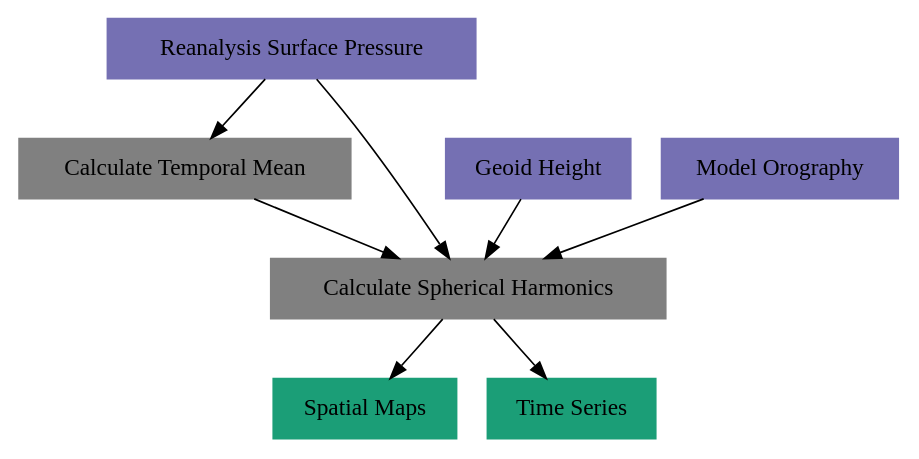
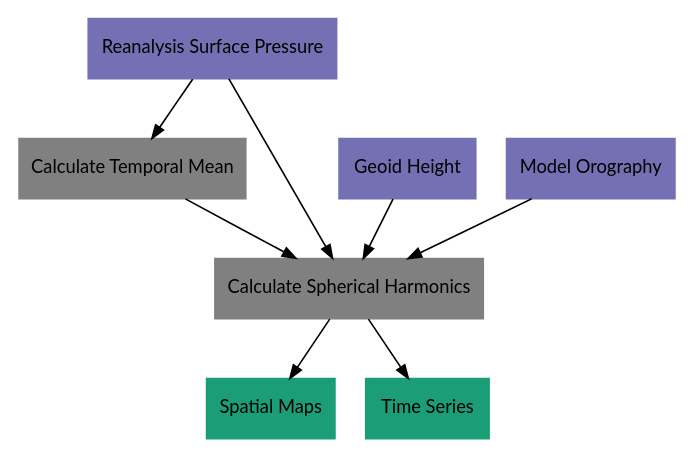
Before and after one commit to tsutterley/model-harmonics: the third of 5 diagrams in doc/source/getting_started/Overview.rst, drawn with Graphviz. The commit also changed other lines of this file, not shown here.

Commit message:
docs: change font in `graphviz` flow charts (#60)

```diff
--- a/doc/source/getting_started/Overview.rst
+++ b/doc/source/getting_started/Overview.rst
@@ -157,24 +232,59 @@
 .. graphviz::
     :caption: Reanalysis Spherical Harmonics with Two-Dimensional Geometry Framework
     :align: center
 
     digraph {
-        E [label="Reanalysis Surface Pressure" shape=box style="filled" color="#7570b3"]
-        N [label="Geoid Height" shape=box style="filled" color="#7570b3"]
-        O [label="Model Orography" shape=box style="filled" color="#7570b3"]
+        E [label="Reanalysis Surface Pressure"
+            fontname="Lato"
+            fontsize=11
+            shape=box
+            style="filled"
+            color="#7570b3"]
+        N [label="Geoid Height"
+            fontname="Lato"
+            fontsize=11
+            shape=box
+            style="filled"
+            color="#7570b3"]
+        O [label="Model Orography"
+            fontname="Lato"
+            fontsize=11
+            shape=box
+            style="filled"
+            color="#7570b3"]
         M [URL="https://github.com/tsutterley/model-harmonics/blob/main/GLDAS/reanalysis_mean_pressure.py"
-            label="Calculate Temporal Mean" shape=box style="filled" color="gray"]
+            label="Calculate Temporal Mean"
+            fontname="Lato"
+            fontsize=11
+            shape=box
+            style="filled"
+            color="gray"]
         H [URL="https://github.com/tsutterley/model-harmonics/blob/main/GLDAS/reanalysis_pressure_harmonics.py"
-            label="Calculate Spherical Harmonics" shape=box style="filled" color="gray"]
+            label="Calculate Spherical Harmonics"
+            fontname="Lato"
+            fontsize=11
+            shape=box
+            style="filled"
+            color="gray"]
         S [URL="https://github.com/tsutterley/gravity-toolkit/blob/main/scripts/combine_harmonics.py"
-            label="Spatial Maps" shape=box style="filled" color="#1b9e77"]
+            label="Spatial Maps"
+            fontname="Lato"
+            fontsize=11
+            shape=box
+            style="filled"
+            color="#1b9e77"]
         T [URL="https://github.com/tsutterley/model-harmonics/blob/main/scripts/least_squares_mascon_timeseries.py"
-            label="Time Series" shape=box style="filled" color="#1b9e77"]
-        E -> M
-        M -> H
-        E -> H
-        N -> H
-        O -> H
-        H -> S
-        H -> T
+            label="Time Series"
+            fontname="Lato"
+            fontsize=11
+            shape=box
+            style="filled"
+            color="#1b9e77"]
+        E -> M [arrowsize=0.8]
+        M -> H [arrowsize=0.8]
+        E -> H [arrowsize=0.8]
+        N -> H [arrowsize=0.8]
+        O -> H [arrowsize=0.8]
+        H -> S [arrowsize=0.8]
+        H -> T [arrowsize=0.8]
     }
```
